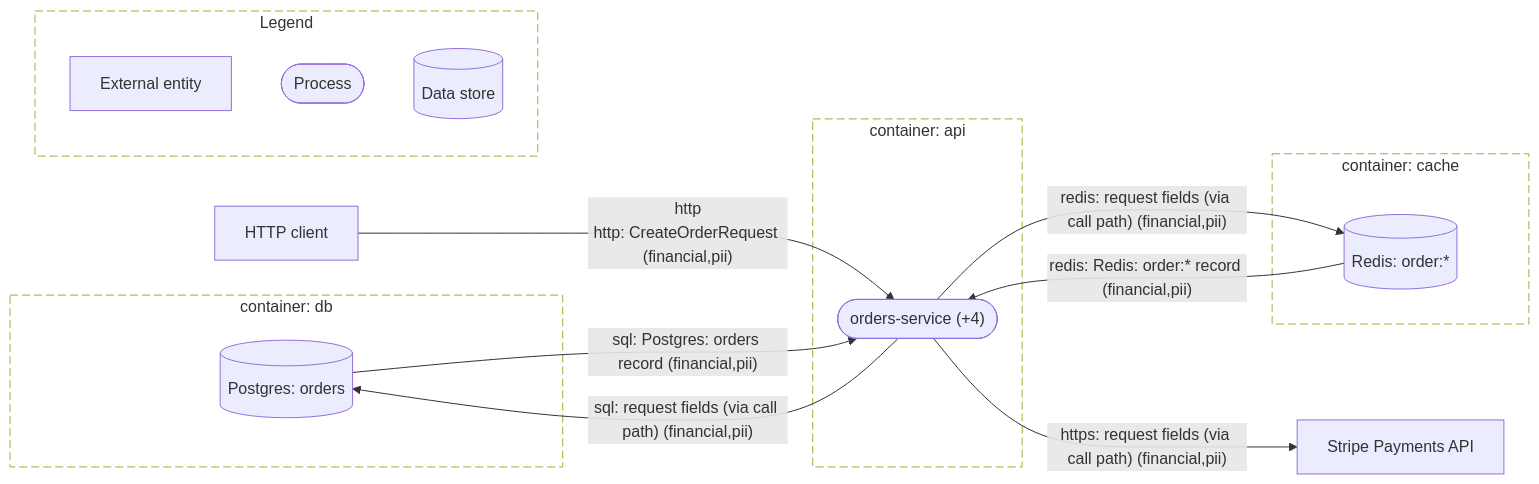
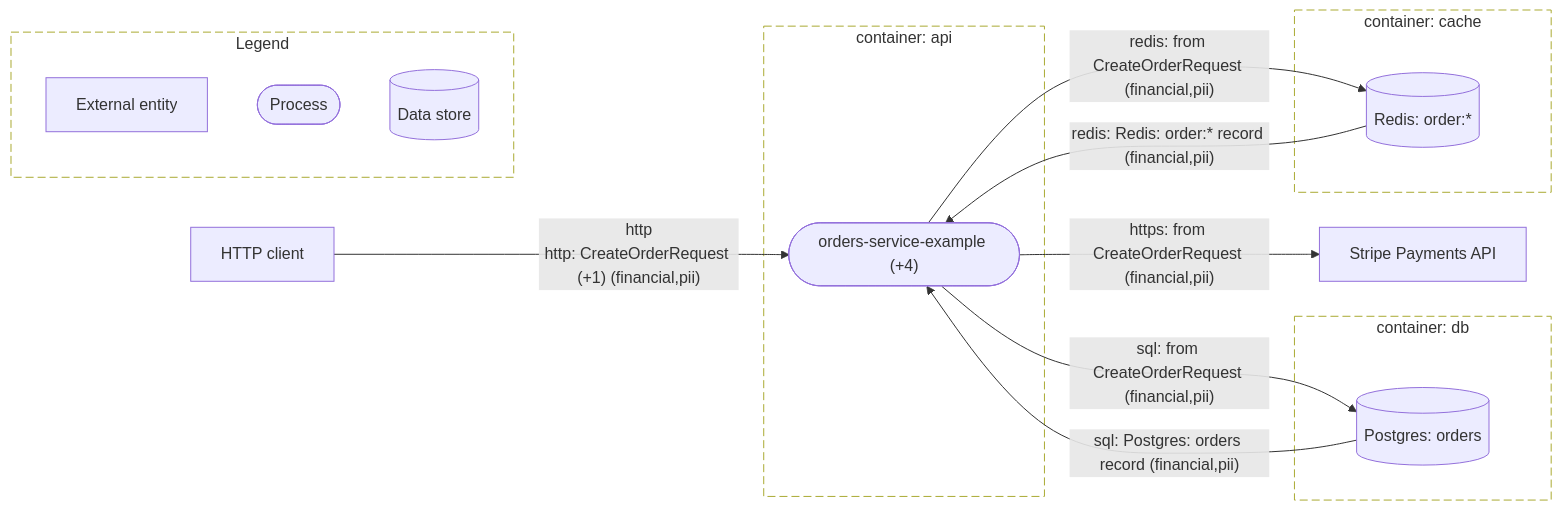
The diagram in evaluation/orders-service-example/diagrams/dfd-l0.mmd (AskShri/code2designmapping), drawn with Mermaid before and after one commit. The commit also changed 525 other files, not shown here.

First line of the commit message:
code2design v0.5: one fact vocabulary, one routing model, class-aware call graph

```diff
--- a/evaluation/orders-service-example/diagrams/dfd-l0.mmd
+++ b/evaluation/orders-service-example/diagrams/dfd-l0.mmd
@@ -1,28 +1,28 @@
-%% L0 context: orders-service-example
+%% L0 context - orders-service-example
 flowchart LR
+  subgraph bnd_uvq3irjstn["container: api"]
+    proc_ol3rnr6ov3(["orders-service-example (+4)"])
+  end
   subgraph bnd_li56z6okmf["container: db"]
     store_2whm26363j[("Postgres: orders")]
   end
   subgraph bnd_quz6xm3rfj["container: cache"]
     store_ligqz7jge4[("Redis: order:*")]
   end
-  subgraph bnd_uvq3irjstn["container: api"]
-    proc_3itjy7ij4t(["orders-service (+4)"])
-  end
   ext_sga4qktkap["HTTP client"]
   ext_slqdx4hifp["Stripe Payments API"]
-  ext_sga4qktkap -->|"http<br/>http: CreateOrderRequest (financial,pii)"| proc_3itjy7ij4t
-  proc_3itjy7ij4t -->|"https: request fields (via call path) (financial,pii)"| ext_slqdx4hifp
-  proc_3itjy7ij4t -->|"sql: request fields (via call path) (financial,pii)"| store_2whm26363j
-  proc_3itjy7ij4t -->|"redis: request fields (via call path) (financial,pii)"| store_ligqz7jge4
-  store_2whm26363j -->|"sql: Postgres: orders record (financial,pii)"| proc_3itjy7ij4t
-  store_ligqz7jge4 -->|"redis: Redis: order:* record (financial,pii)"| proc_3itjy7ij4t
+  ext_sga4qktkap -->|"http<br/>http: CreateOrderRequest (+1) (financial,pii)"| proc_ol3rnr6ov3
+  proc_ol3rnr6ov3 -->|"https: from CreateOrderRequest (financial,pii)"| ext_slqdx4hifp
+  proc_ol3rnr6ov3 -->|"sql: from CreateOrderRequest (financial,pii)"| store_2whm26363j
+  proc_ol3rnr6ov3 -->|"redis: from CreateOrderRequest (financial,pii)"| store_ligqz7jge4
+  store_2whm26363j -->|"sql: Postgres: orders record (financial,pii)"| proc_ol3rnr6ov3
+  store_ligqz7jge4 -->|"redis: Redis: order:* record (financial,pii)"| proc_ol3rnr6ov3
+  style bnd_uvq3irjstn stroke-dasharray: 8 4,fill:none
   style bnd_li56z6okmf stroke-dasharray: 8 4,fill:none
   style bnd_quz6xm3rfj stroke-dasharray: 8 4,fill:none
-  style bnd_uvq3irjstn stroke-dasharray: 8 4,fill:none
   subgraph legend["Legend"]
     lg_e["External entity"]
     lg_p(["Process"])
     lg_s[("Data store")]
   end
   style legend stroke-dasharray: 8 4,fill:none
```
